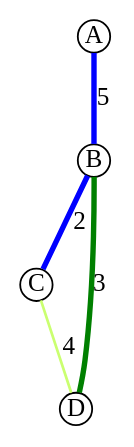
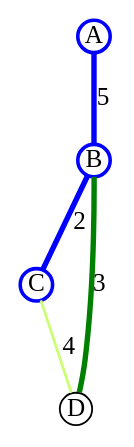
Before and after one commit to microtherion/FD1_HS13_U1_GKMN: the diagram in graph/DemoSmallPrim3.dot, drawn with Graphviz. The commit also changed 5 other files, not shown here.

```diff
--- a/graph/DemoSmallPrim3.dot
+++ b/graph/DemoSmallPrim3.dot
@@ -1,7 +1,10 @@
 graph DemoSmall {
       node [height=0.25,width=0.25,fixedsize=true]
+      A [penwidth=2, color="blue"]
+      B [penwidth=2, color="blue"]
+      C [penwidth=2, color="blue"]
       A -- B [label="5", penwidth=3, color="blue"]
       B -- C [label="2", penwidth=3, color="blue"]
       B -- D [label="3", penwidth=3, color="green"]
       C -- D [label="4", penwidth=1.5, color="darkolivegreen1"]
 }
```
